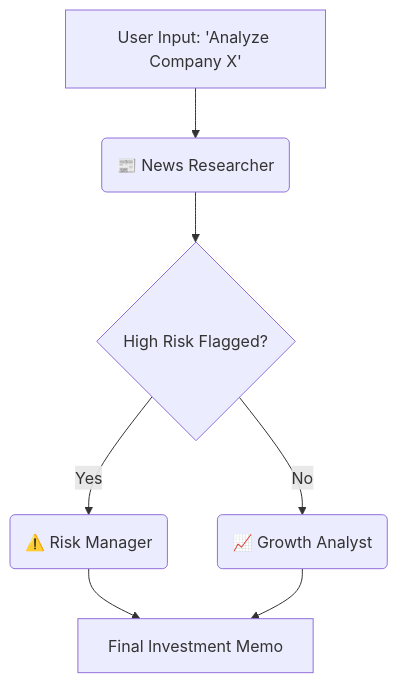
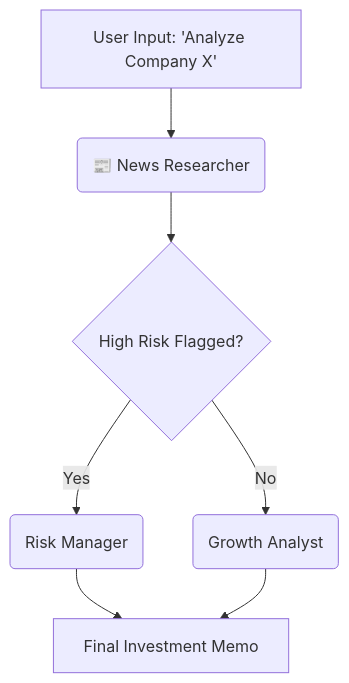
Before and after one commit to SHAHRUKH-KHAN/finance_manager_openai_wk: the diagram in README.md, drawn with Mermaid. The commit also changed other lines of this file, not shown here.

````diff
--- a/README.md
+++ b/README.md
@@ -30,9 +30,9 @@
 ```mermaid
 graph TD
     Start[User Input: 'Analyze Company X'] --> Researcher(📰 News Researcher)
     Researcher --> Decision{High Risk Flagged?}
-    Decision -- Yes --> Risk(⚠️ Risk Manager)
-    Decision -- No --> Growth(📈 Growth Analyst)
+    Decision -- Yes --> Risk(Risk Manager)
+    Decision -- No --> Growth(Growth Analyst)
     Risk --> Output[Final Investment Memo]
     Growth --> Output
 ```
````
